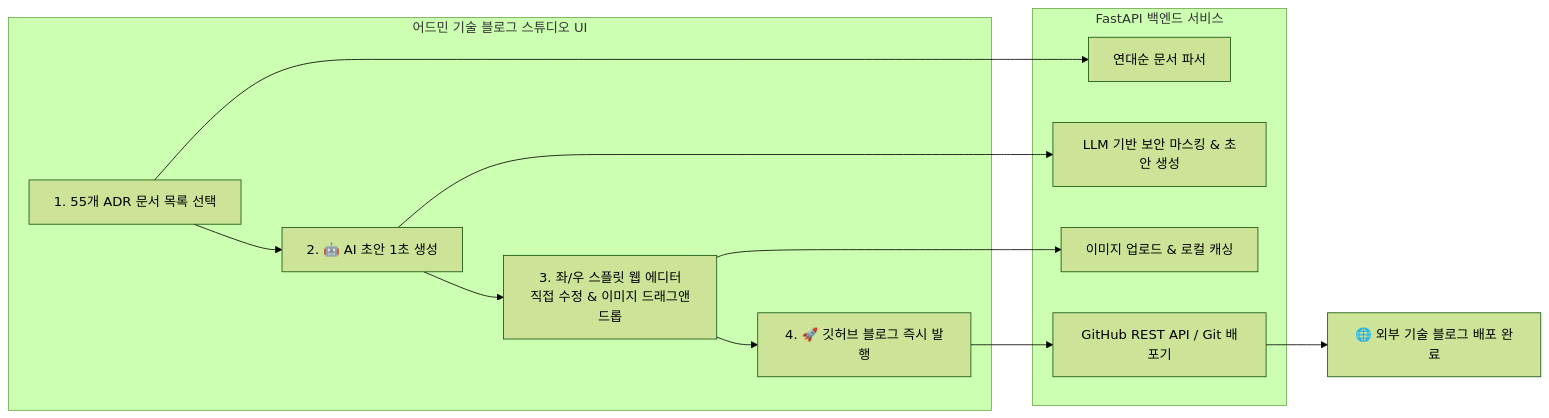
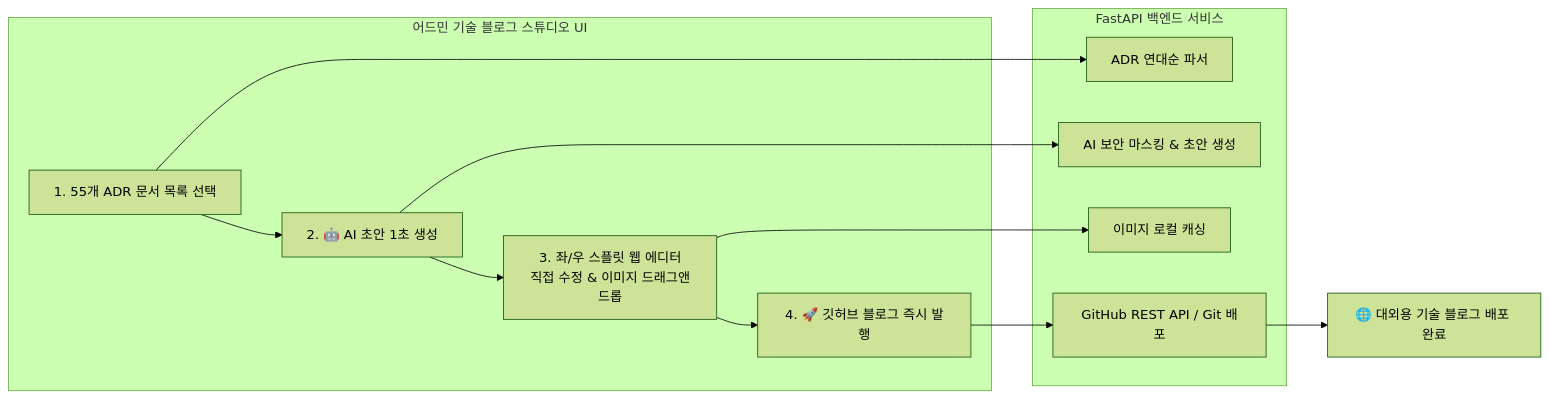
Before and after one commit to daniel-dataflow/daniel-dataflow.github.io: the diagram in content/posts/picksafe/2026-08-29-어드민-웹-기반-기술-블로그-스튜디오-및-깃허브-퍼블리셔-구축.md, drawn with Mermaid (forest theme). The commit also changed other lines of this file and 61 other files, not shown here.

````diff
--- a/content/posts/picksafe/2026-08-29-어드민-웹-기반-기술-블로그-스튜디오-및-깃허브-퍼블리셔-구축.md
+++ b/content/posts/picksafe/2026-08-29-어드민-웹-기반-기술-블로그-스튜디오-및-깃허브-퍼블리셔-구축.md
@@ -38,21 +39,21 @@
 ```mermaid
 flowchart LR
     subgraph Admin_Frontend [어드민 기술 블로그 스튜디오 UI]
         A1[1. 55개 ADR 문서 목록 선택] --> A2[2. 🤖 AI 초안 1초 생성]
         A2 --> A3[3. 좌/우 스플릿 웹 에디터<br/>직접 수정 & 이미지 드래그앤드롭]
         A3 --> A4[4. 🚀 깃허브 블로그 즉시 발행]
     end
 
     subgraph Backend_Engine [FastAPI 백엔드 서비스]
-        B1[연대순 문서 파서]
-        B2[LLM 기반 보안 마스킹 & 초안 생성]
-        B3[이미지 업로드 & 로컬 캐싱]
-        B4[GitHub REST API / Git 배포기]
+        B1[ADR 연대순 파서]
+        B2[AI 보안 마스킹 & 초안 생성]
+        B3[이미지 로컬 캐싱]
+        B4[GitHub REST API / Git 배포]
     end
 
     A1 --> B1
     A2 --> B2
     A3 --> B3
     A4 --> B4
-    B4 --> C[🌐 외부 기술 블로그 배포 완료]
+    B4 --> C[🌐 대외용 기술 블로그 배포 완료]
 ```
````
